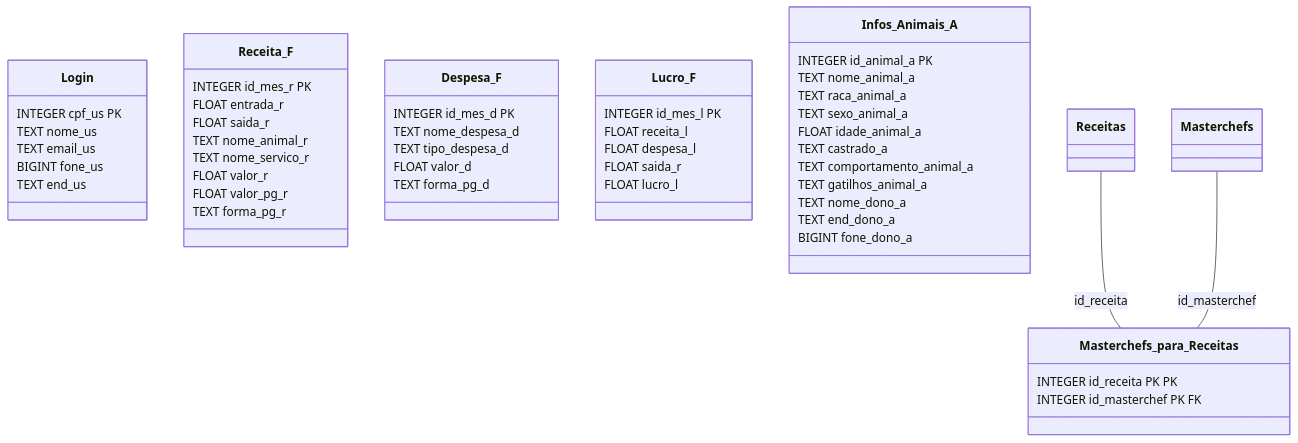
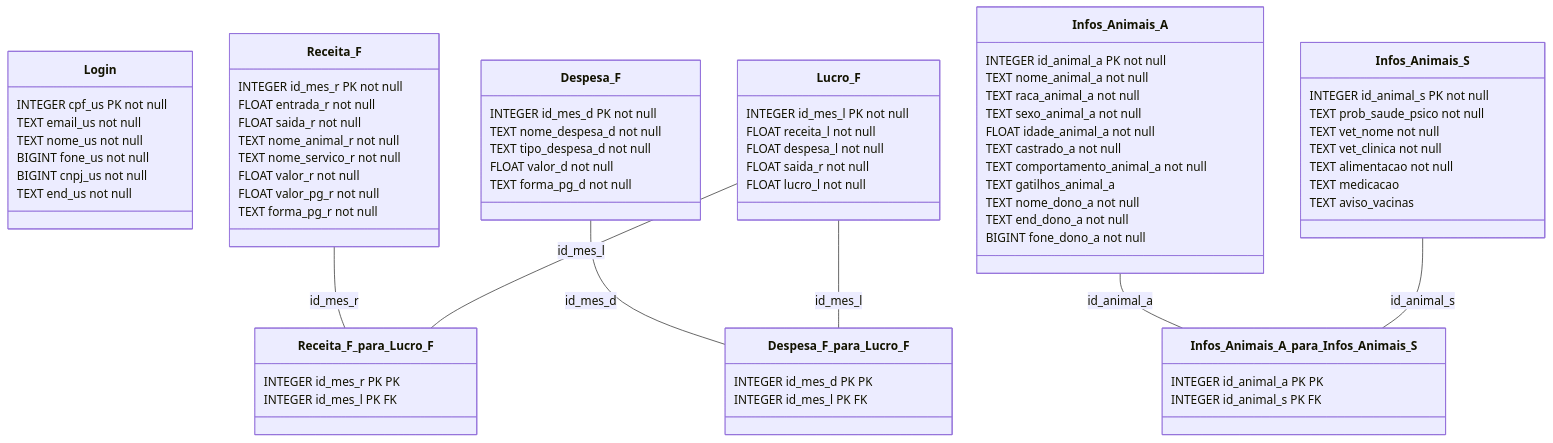
The diagram in app/static/database/diagrama.md (scirafa/sistema), drawn with Mermaid before and after one commit. The commit also changed 2 other files, not shown here.

Commit message:
fiz um pedaço

````diff
--- a/app/static/database/diagrama.md
+++ b/app/static/database/diagrama.md
@@ -1,61 +1,84 @@
 ```mermaid
 classDiagram
  class Login {
-     INTEGER cpf_us PK
-     TEXT nome_us
-     TEXT email_us
-     BIGINT fone_us
-     TEXT end_us
+     INTEGER cpf_us PK not null
+     TEXT email_us not null
+     TEXT nome_us not null
+     BIGINT fone_us not null
+     BIGINT cnpj_us not null
+     TEXT end_us not null
  }
 
  class Receita_F {
-     INTEGER id_mes_r PK
-     FLOAT entrada_r
-     FLOAT saida_r
-     TEXT nome_animal_r
-     TEXT nome_servico_r
-     FLOAT valor_r
-     FLOAT valor_pg_r
-     TEXT forma_pg_r
+     INTEGER id_mes_r PK not null
+     FLOAT entrada_r not null
+     FLOAT saida_r not null
+     TEXT nome_animal_r not null
+     TEXT nome_servico_r not null
+     FLOAT valor_r not null
+     FLOAT valor_pg_r not null
+     TEXT forma_pg_r not null
  }
 
  class Despesa_F {
-     INTEGER id_mes_d PK
-     TEXT nome_despesa_d
-     TEXT tipo_despesa_d
-     FLOAT valor_d
-     TEXT forma_pg_d
+     INTEGER id_mes_d PK not null
+     TEXT nome_despesa_d not null
+     TEXT tipo_despesa_d not null
+     FLOAT valor_d not null
+     TEXT forma_pg_d not null
  }
 
  class Lucro_F {
-     INTEGER id_mes_l PK
-     FLOAT receita_l
-     FLOAT despesa_l
-     FLOAT saida_r
-     FLOAT lucro_l
+     INTEGER id_mes_l PK not null
+     FLOAT receita_l not null
+     FLOAT despesa_l not null
+     FLOAT saida_r not null
+     FLOAT lucro_l not null
  }
 
-
  class Infos_Animais_A {
-     INTEGER id_animal_a PK
-     TEXT nome_animal_a
-     TEXT raca_animal_a
-     TEXT sexo_animal_a
-     FLOAT idade_animal_a
-     TEXT castrado_a
-     TEXT comportamento_animal_a
-     TEXT gatilhos_animal_a
-     TEXT nome_dono_a
-     TEXT end_dono_a
-     BIGINT fone_dono_a
+     INTEGER id_animal_a PK not null
+     TEXT nome_animal_a not null
+     TEXT raca_animal_a not null
+     TEXT sexo_animal_a not null
+     FLOAT idade_animal_a not null
+     TEXT castrado_a not null
+     TEXT comportamento_animal_a not null
+     TEXT gatilhos_animal_a 
+     TEXT nome_dono_a not null
+     TEXT end_dono_a not null
+     BIGINT fone_dono_a not null
+ }
+ 
+ class Infos_Animais_S {
+    INTEGER id_animal_s PK not null
+    TEXT prob_saude_psico not null
+    TEXT vet_nome not null
+    TEXT vet_clinica not null
+    TEXT alimentacao not null
+    TEXT medicacao
+    TEXT aviso_vacinas 
  }
 
-
- class Masterchefs_para_Receitas {
-     INTEGER id_receita PK PK
-     INTEGER id_masterchef PK FK
+ class Receita_F_para_Lucro_F {
+     INTEGER id_mes_r PK PK
+     INTEGER id_mes_l PK FK
  }
- Receitas -- Masterchefs_para_Receitas : id_receita
- Masterchefs -- Masterchefs_para_Receitas : id_masterchef
+ Receita_F -- Receita_F_para_Lucro_F : id_mes_r
+ Lucro_F -- Receita_F_para_Lucro_F : id_mes_l
+ 
+ class Despesa_F_para_Lucro_F {
+     INTEGER id_mes_d PK PK
+     INTEGER id_mes_l PK FK
+ }
+ Despesa_F -- Despesa_F_para_Lucro_F : id_mes_d
+ Lucro_F -- Despesa_F_para_Lucro_F : id_mes_l
+ 
+ class Infos_Animais_A_para_Infos_Animais_S {
+     INTEGER id_animal_a PK PK
+     INTEGER id_animal_s PK FK
+ }
+ Infos_Animais_A -- Infos_Animais_A_para_Infos_Animais_S : id_animal_a
+ Infos_Animais_S -- Infos_Animais_A_para_Infos_Animais_S : id_animal_s
 
 ```
````
